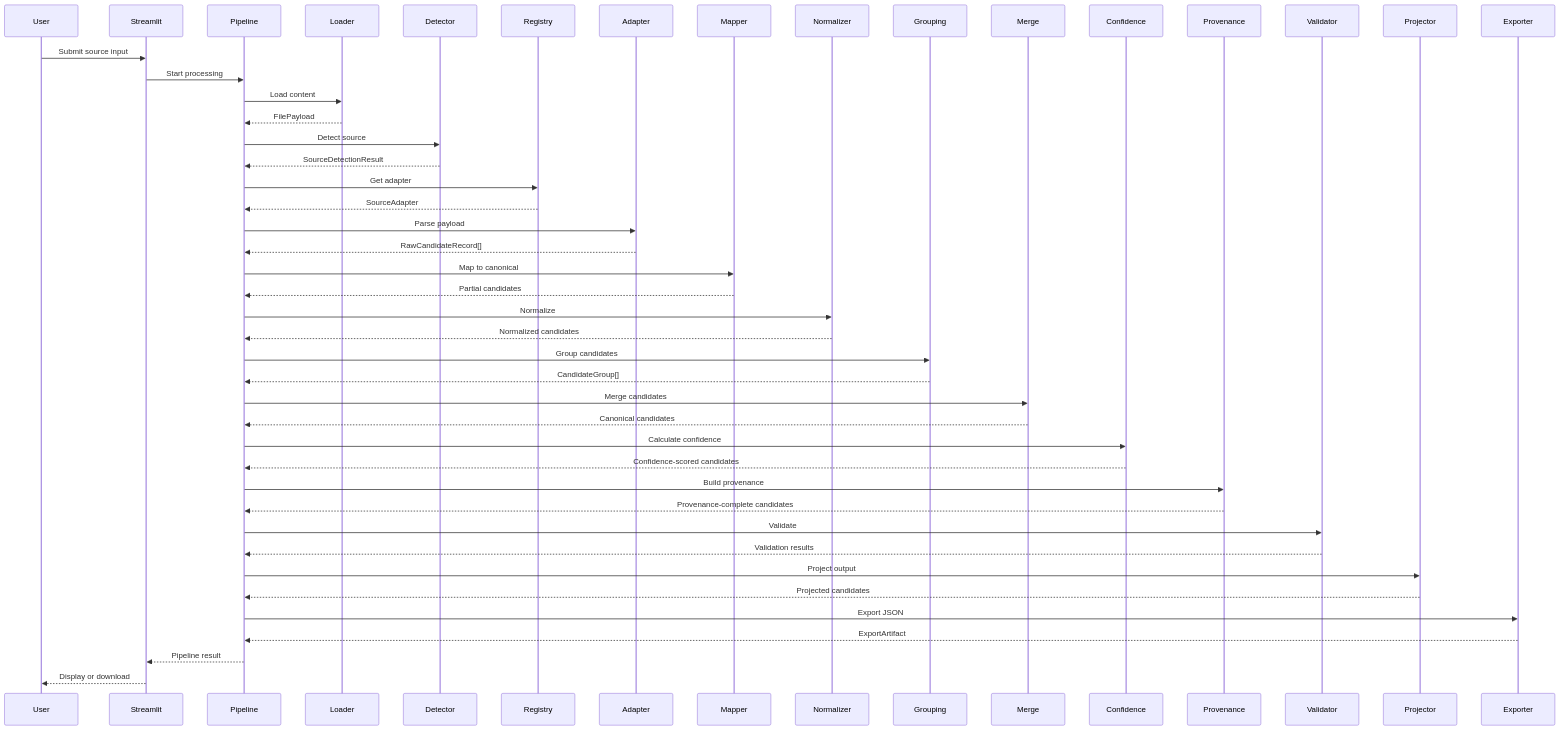
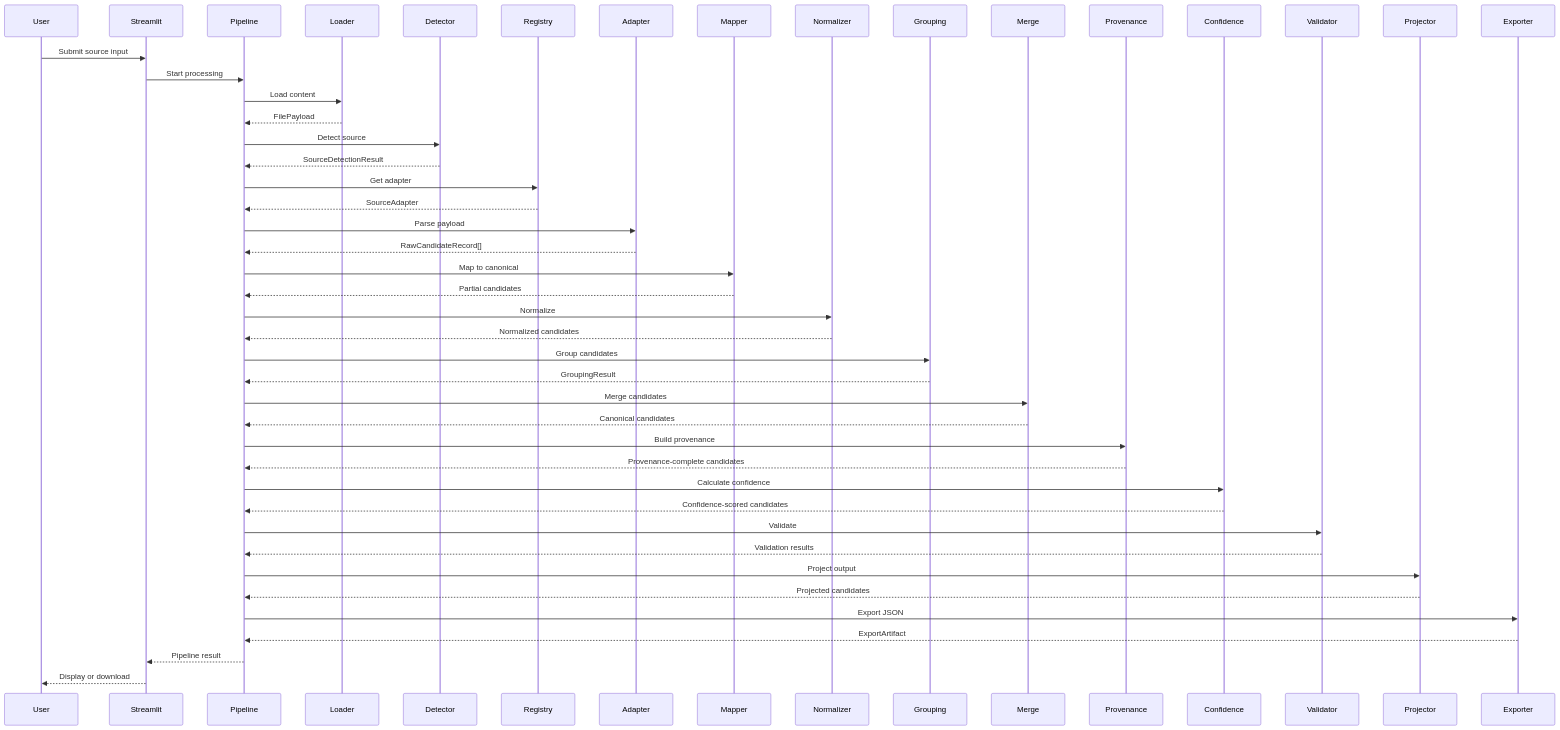
Before and after one commit to Advaith4/EightFold: the first of 5 diagrams in candidate-transformer/docs/architecture/pipeline_spec.md, drawn with Mermaid. The commit also changed other lines of this file and 5 other files, not shown here.

````diff
--- a/candidate-transformer/docs/architecture/pipeline_spec.md
+++ b/candidate-transformer/docs/architecture/pipeline_spec.md
@@ -1004,50 +1331,50 @@
 ```mermaid
 sequenceDiagram
     participant User
     participant Streamlit
     participant Pipeline
     participant Loader
     participant Detector
     participant Registry
     participant Adapter
     participant Mapper
     participant Normalizer
     participant Grouping
     participant Merge
+    participant Provenance
     participant Confidence
-    participant Provenance
     participant Validator
     participant Projector
     participant Exporter
 
     User->>Streamlit: Submit source input
     Streamlit->>Pipeline: Start processing
     Pipeline->>Loader: Load content
     Loader-->>Pipeline: FilePayload
     Pipeline->>Detector: Detect source
     Detector-->>Pipeline: SourceDetectionResult
     Pipeline->>Registry: Get adapter
     Registry-->>Pipeline: SourceAdapter
     Pipeline->>Adapter: Parse payload
     Adapter-->>Pipeline: RawCandidateRecord[]
     Pipeline->>Mapper: Map to canonical
     Mapper-->>Pipeline: Partial candidates
     Pipeline->>Normalizer: Normalize
     Normalizer-->>Pipeline: Normalized candidates
     Pipeline->>Grouping: Group candidates
-    Grouping-->>Pipeline: CandidateGroup[]
+    Grouping-->>Pipeline: GroupingResult
     Pipeline->>Merge: Merge candidates
     Merge-->>Pipeline: Canonical candidates
+    Pipeline->>Provenance: Build provenance
+    Provenance-->>Pipeline: Provenance-complete candidates
     Pipeline->>Confidence: Calculate confidence
     Confidence-->>Pipeline: Confidence-scored candidates
-    Pipeline->>Provenance: Build provenance
-    Provenance-->>Pipeline: Provenance-complete candidates
     Pipeline->>Validator: Validate
     Validator-->>Pipeline: Validation results
     Pipeline->>Projector: Project output
     Projector-->>Pipeline: Projected candidates
     Pipeline->>Exporter: Export JSON
     Exporter-->>Pipeline: ExportArtifact
     Pipeline-->>Streamlit: Pipeline result
     Streamlit-->>User: Display or download
 ```
````
